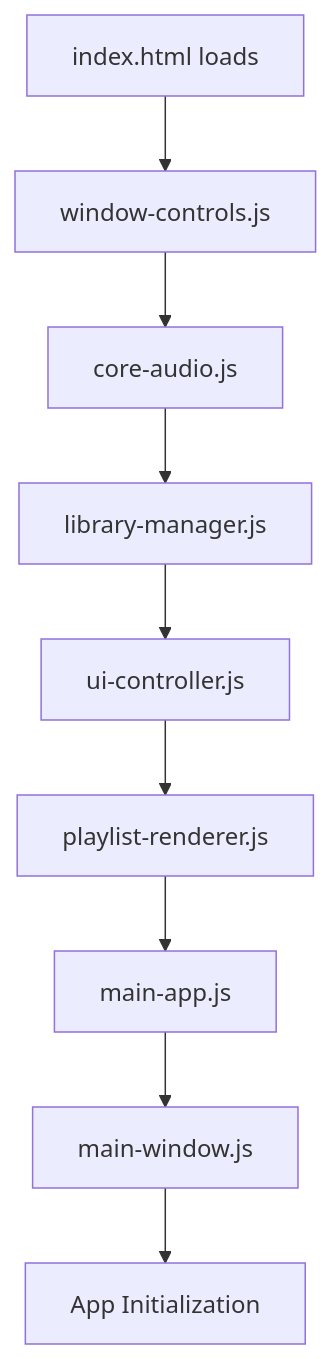
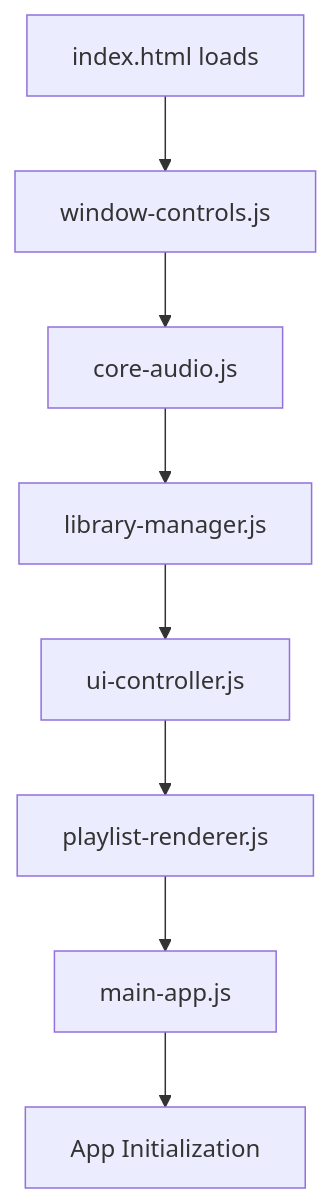
Before and after one commit to QueM775/que-music: the first of 2 diagrams in docs/application/architecture.md, drawn with Mermaid. The commit also changed other lines of this file and 10 other files, not shown here.

````diff
--- a/docs/application/architecture.md
+++ b/docs/application/architecture.md
@@ -96,11 +96,10 @@
 ```mermaid
 graph TD
     A[index.html loads] --> B[window-controls.js]
     B --> C[core-audio.js]
     C --> D[library-manager.js]
     D --> E[ui-controller.js]
     E --> F[playlist-renderer.js]
     F --> G[main-app.js]
-    G --> H[main-window.js]
-    H --> I[App Initialization]
+    G --> I[App Initialization]
 ```
````
